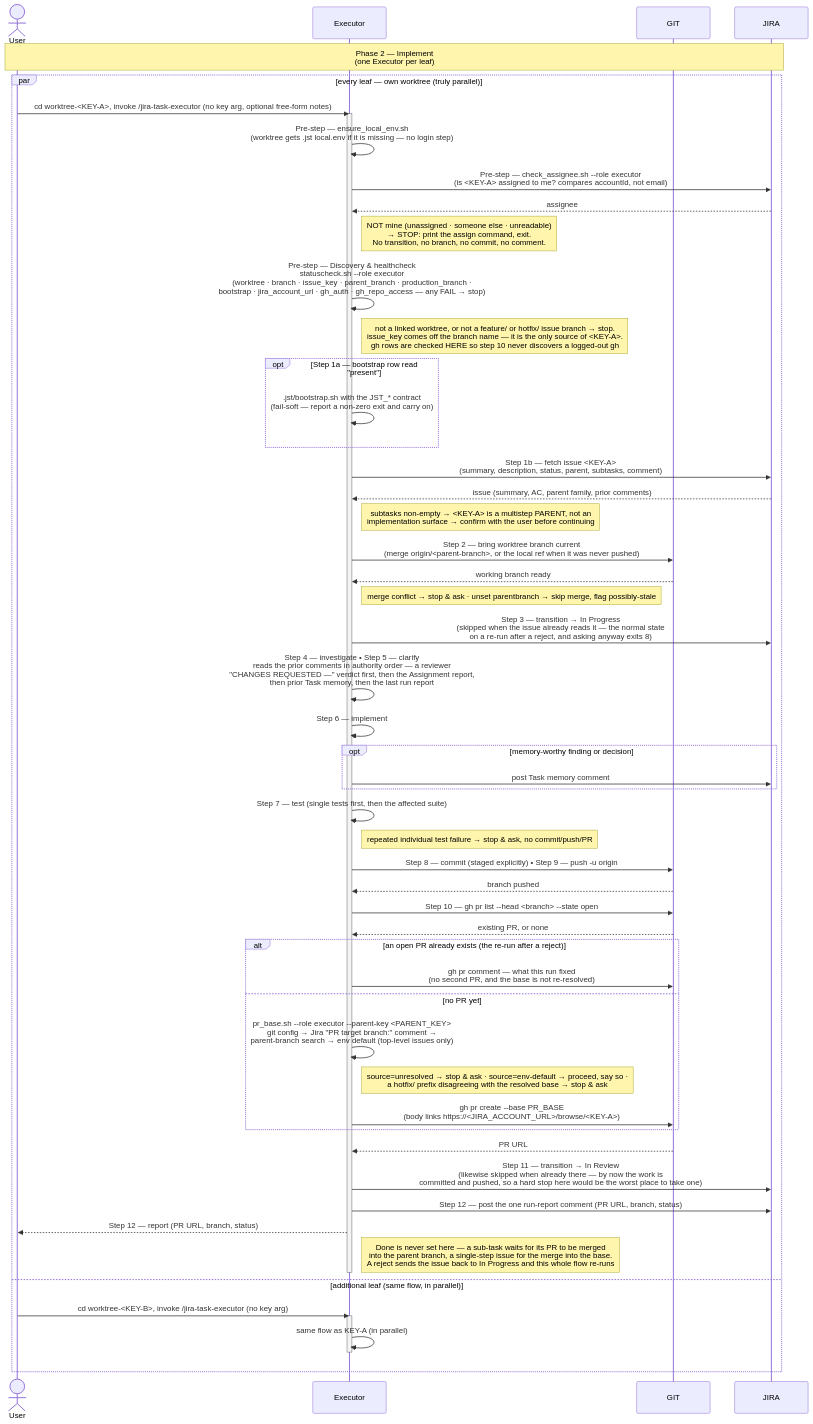
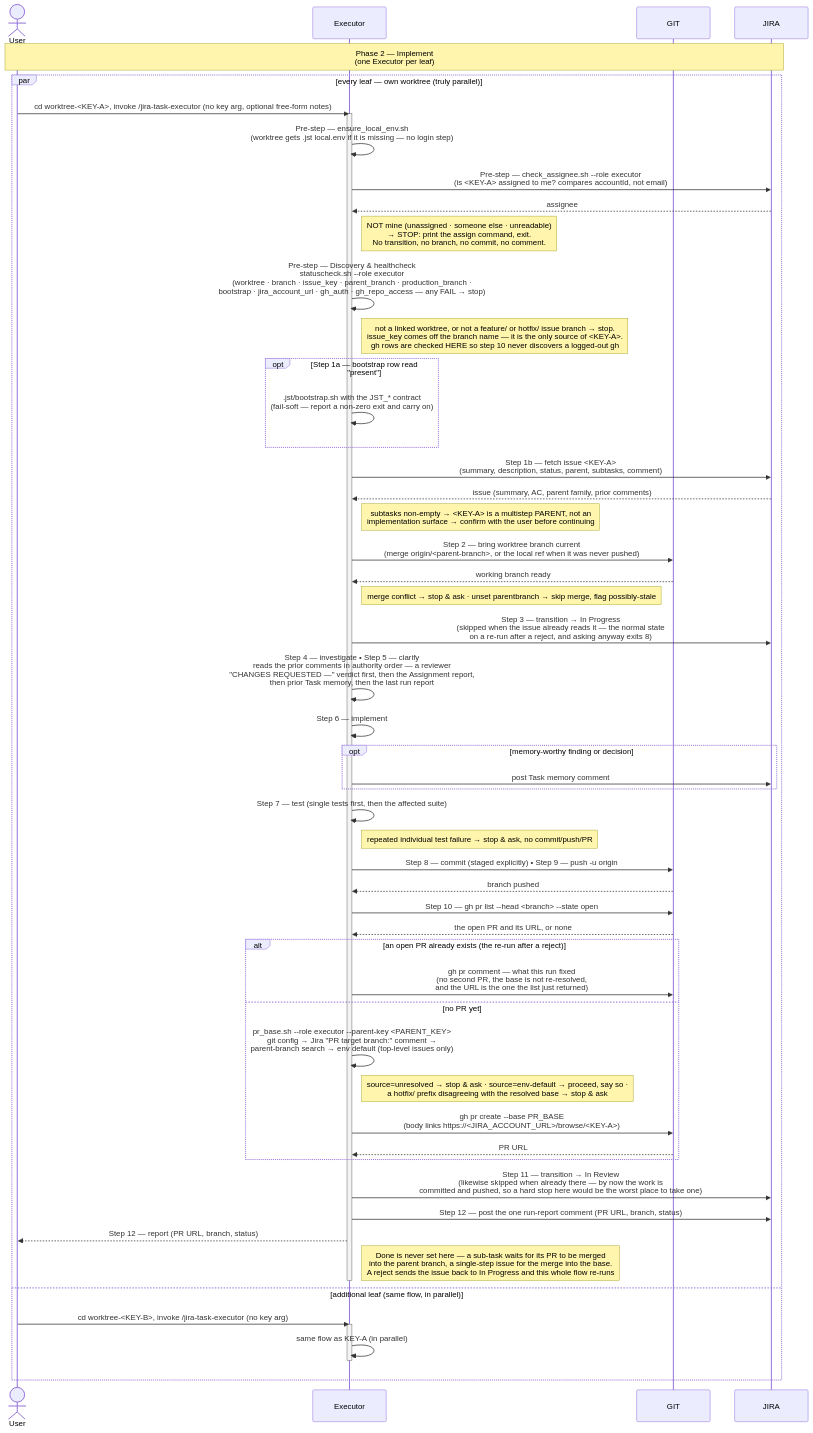
One commit to kantorv/jira-sdlc-tools changed the diagram in docs/task-lifecycle/TASK-LIFECYCLE-PHASE-2.md. Above: the diagram before and after it, drawn with Mermaid. The commit also changed other lines of this file and 4 other files, not shown here.

````diff
--- a/docs/task-lifecycle/TASK-LIFECYCLE-PHASE-2.md
+++ b/docs/task-lifecycle/TASK-LIFECYCLE-PHASE-2.md
@@ -28,59 +33,59 @@
 ```mermaid
 sequenceDiagram
     actor User
     participant Executor
     participant GIT
     participant JIRA
 
     Note over User,JIRA: Phase 2 — Implement<br/>(one Executor per leaf)
 
     par every leaf — own worktree (truly parallel)
         User->>Executor: cd worktree-<KEY-A>, invoke /jira-task-executor (no key arg, optional free-form notes)
         activate Executor
         Executor->>Executor: Pre-step — ensure_local_env.sh<br/>(worktree gets .jst local.env if it is missing — no login step)
         Executor->>JIRA: Pre-step — check_assignee.sh --role executor<br/>(is <KEY-A> assigned to me? compares accountId, not email)
         JIRA-->>Executor: assignee
         Note right of Executor: NOT mine (unassigned · someone else · unreadable)<br/>→ STOP: print the assign command, exit.<br/>No transition, no branch, no commit, no comment.
         Executor->>Executor: Pre-step — Discovery & healthcheck<br/>statuscheck.sh --role executor<br/>(worktree · branch · issue_key · parent_branch · production_branch ·<br/>bootstrap · jira_account_url · gh_auth · gh_repo_access — any FAIL → stop)
         Note right of Executor: not a linked worktree, or not a feature/ or hotfix/ issue branch → stop.<br/>issue_key comes off the branch name — it is the only source of <KEY-A>.<br/>gh rows are checked HERE so step 10 never discovers a logged-out gh
         opt Step 1a — bootstrap row read "present"
             Executor->>Executor: .jst/bootstrap.sh with the JST_* contract<br/>(fail-soft — report a non-zero exit and carry on)
         end
         Executor->>JIRA: Step 1b — fetch issue <KEY-A><br/>(summary, description, status, parent, subtasks, comment)
         JIRA-->>Executor: issue (summary, AC, parent family, prior comments)
         Note right of Executor: subtasks non-empty → <KEY-A> is a multistep PARENT, not an<br/>implementation surface → confirm with the user before continuing
         Executor->>GIT: Step 2 — bring worktree branch current<br/>(merge origin/<parent-branch>, or the local ref when it was never pushed)
         GIT-->>Executor: working branch ready
         Note right of Executor: merge conflict → stop & ask · unset parentbranch → skip merge, flag possibly-stale
         Executor->>JIRA: Step 3 — transition → In Progress<br/>(skipped when the issue already reads it — the normal state<br/>on a re-run after a reject, and asking anyway exits 8)
         Executor->>Executor: Step 4 — investigate • Step 5 — clarify<br/>reads the prior comments in authority order — a reviewer<br/>"CHANGES REQUESTED —" verdict first, then the Assignment report,<br/>then prior Task memory, then the last run report
         Executor->>Executor: Step 6 — implement
         opt memory-worthy finding or decision
             Executor->>JIRA: post Task memory comment
         end
         Executor->>Executor: Step 7 — test (single tests first, then the affected suite)
         Note right of Executor: repeated individual test failure → stop & ask, no commit/push/PR
         Executor->>GIT: Step 8 — commit (staged explicitly) • Step 9 — push -u origin
         GIT-->>Executor: branch pushed
         Executor->>GIT: Step 10 — gh pr list --head <branch> --state open
-        GIT-->>Executor: existing PR, or none
+        GIT-->>Executor: the open PR and its URL, or none
         alt an open PR already exists (the re-run after a reject)
-            Executor->>GIT: gh pr comment — what this run fixed<br/>(no second PR, and the base is not re-resolved)
+            Executor->>GIT: gh pr comment — what this run fixed<br/>(no second PR, the base is not re-resolved,<br/>and the URL is the one the list just returned)
         else no PR yet
             Executor->>Executor: pr_base.sh --role executor --parent-key <PARENT_KEY><br/>git config → Jira "PR target branch:" comment →<br/>parent-branch search → env default (top-level issues only)
             Note right of Executor: source=unresolved → stop & ask · source=env-default → proceed, say so ·<br/>a hotfix/ prefix disagreeing with the resolved base → stop & ask
             Executor->>GIT: gh pr create --base PR_BASE<br/>(body links https://<JIRA_ACCOUNT_URL>/browse/<KEY-A>)
+            GIT-->>Executor: PR URL
         end
-        GIT-->>Executor: PR URL
         Executor->>JIRA: Step 11 — transition → In Review<br/>(likewise skipped when already there — by now the work is<br/>committed and pushed, so a hard stop here would be the worst place to take one)
         Executor->>JIRA: Step 12 — post the one run-report comment (PR URL, branch, status)
         Executor-->>User: Step 12 — report (PR URL, branch, status)
         Note right of Executor: Done is never set here — a sub-task waits for its PR to be merged<br/>into the parent branch, a single-step issue for the merge into the base.<br/>A reject sends the issue back to In Progress and this whole flow re-runs
         deactivate Executor
     and additional leaf (same flow, in parallel)
         User->>Executor: cd worktree-<KEY-B>, invoke /jira-task-executor (no key arg)
         activate Executor
         Executor->>Executor: same flow as KEY-A (in parallel)
         deactivate Executor
     end
 ```
````
